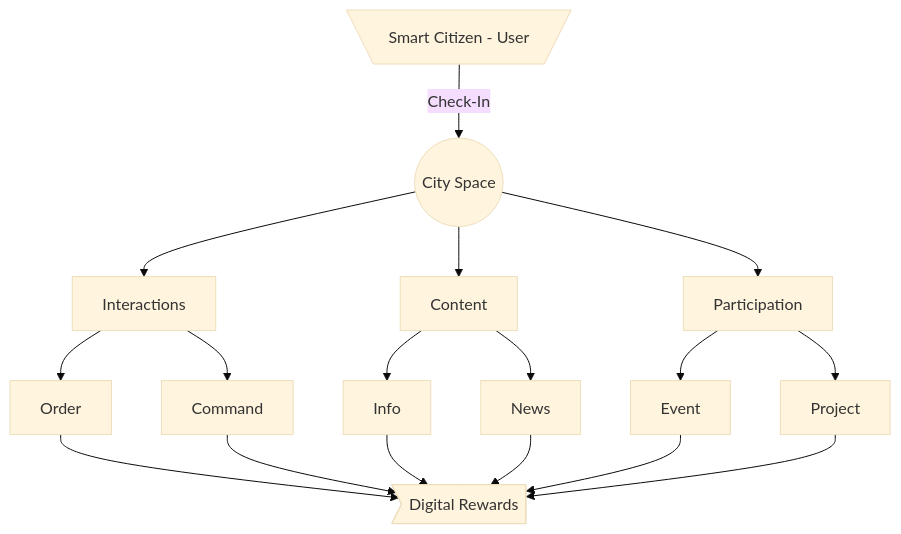
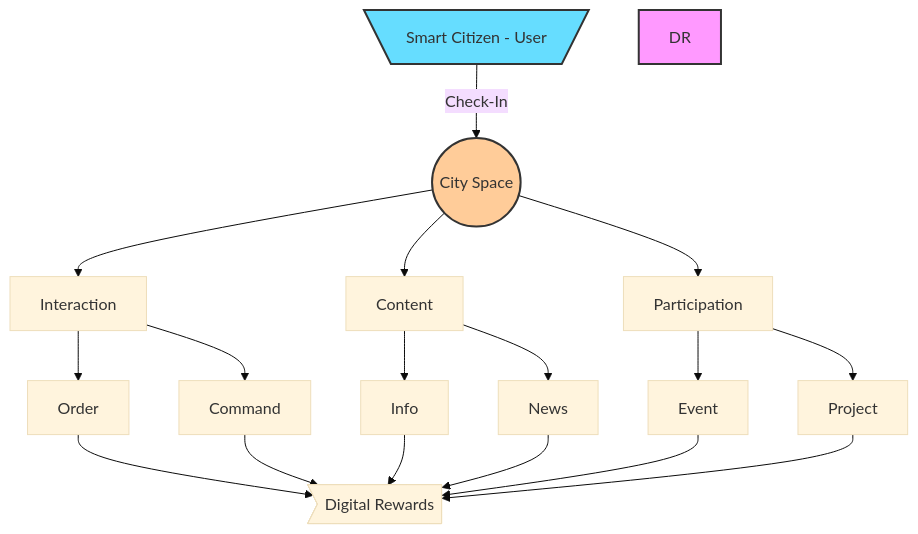
One commit to cityos-work/cityos-dev changed the second of 2 diagrams in pages/elements/city-spaces.md. Above: the diagram before and after it, drawn with Mermaid (base theme).

````diff
--- a/pages/elements/city-spaces.md
+++ b/pages/elements/city-spaces.md
@@ -33,20 +33,24 @@
 ```mermaid
 graph TB;
-    U[\Smart Citizen - User/]-- Check-In -->CS((City Space));
-    CS-->CSI[Interactions];
-    CS-->CSC[Content];
-    CS-->CSP[Participation];
+    USER[\Smart Citizen - User/]-- Check-In -->SPACE((City Space));
+    SPACE-->INTERACTION[Interaction];
+    SPACE-->CONTENT[Content];
+    SPACE-->PARTICIPATION[Participation];
     
-    CSI-->ORDER[Order];
-    CSI-->COMMAND[Command];
-    CSC-->INFO[Info];
-    CSC-->NEWS[News];
-    CSP-->EVENT[Event];
-    CSP-->PROJECT[Project];
+    INTERACTION-->ORDER[Order];
+    INTERACTION-->COMMAND[Command];
+    CONTENT-->INFO[Info];
+    CONTENT-->NEWS[News];
+    PARTICIPATION-->EVENT[Event];
+    PARTICIPATION-->PROJECT[Project];
     ORDER-->REWARD>Digital Rewards];
     COMMAND-->REWARD;
     INFO-->REWARD;
     NEWS-->REWARD;
     EVENT-->REWARD;
     PROJECT-->REWARD;
+    
+    style USER fill:#6df,stroke:#333,stroke-width:2px
+    style SPACE fill:#fc9,stroke:#333,stroke-width:2px
+    style DR fill:#f9f,stroke:#333,stroke-width:2px
 ```
````
